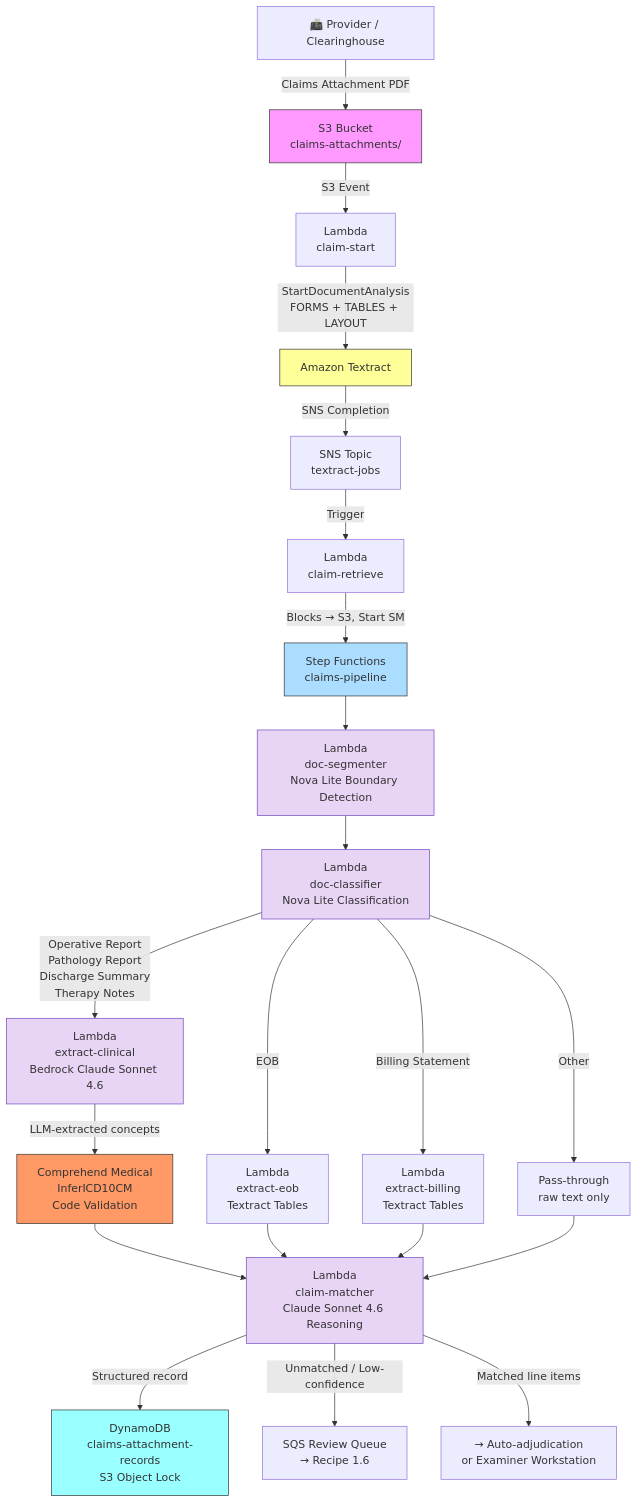
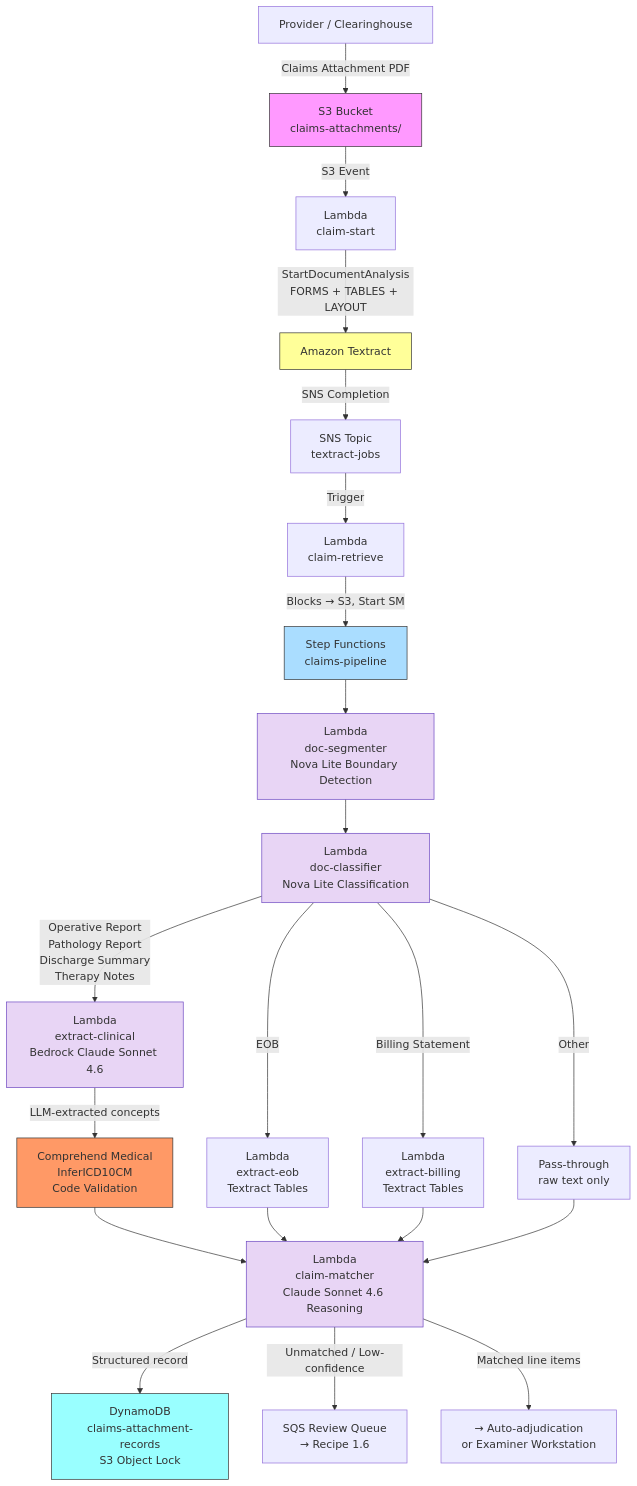
The diagram in chapter01.05-architecture.md (ccrngd1/HCLS-ai-book), drawn with Mermaid before and after one commit. The commit also changed other lines of this file and 515 other files, not shown here.

````diff
--- a/chapter01.05-architecture.md
+++ b/chapter01.05-architecture.md
@@ -25,37 +25,37 @@
 ```mermaid
 flowchart TB
-    A[📠 Provider / Clearinghouse] -->|Claims Attachment PDF| B[S3 Bucket\nclaims-attachments/]
-    B -->|S3 Event| C[Lambda\nclaim-start]
-    C -->|StartDocumentAnalysis\nFORMS + TABLES + LAYOUT| D[Amazon Textract]
-    D -->|SNS Completion| E[SNS Topic\ntextract-jobs]
-    E -->|Trigger| F[Lambda\nclaim-retrieve]
-    F -->|Blocks → S3, Start SM| G[Step Functions\nclaims-pipeline]
+ A[Provider / Clearinghouse] -->|Claims Attachment PDF| B[S3 Bucket\nclaims-attachments/]
+ B -->|S3 Event| C[Lambda\nclaim-start]
+ C -->|StartDocumentAnalysis\nFORMS + TABLES + LAYOUT| D[Amazon Textract]
+ D -->|SNS Completion| E[SNS Topic\ntextract-jobs]
+ E -->|Trigger| F[Lambda\nclaim-retrieve]
+ F -->|Blocks → S3, Start SM| G[Step Functions\nclaims-pipeline]
 
-    G --> H[Lambda\ndoc-segmenter\nNova Lite Boundary Detection]
-    H --> I[Lambda\ndoc-classifier\nNova Lite Classification]
+ G --> H[Lambda\ndoc-segmenter\nNova Lite Boundary Detection]
+ H --> I[Lambda\ndoc-classifier\nNova Lite Classification]
 
-    I -->|Operative Report\nPathology Report\nDischarge Summary\nTherapy Notes| J[Lambda\nextract-clinical\nBedrock Claude Sonnet 4.6]
-    I -->|EOB| K[Lambda\nextract-eob\nTextract Tables]
-    I -->|Billing Statement| L[Lambda\nextract-billing\nTextract Tables]
-    I -->|Other| M[Pass-through\nraw text only]
+ I -->|Operative Report\nPathology Report\nDischarge Summary\nTherapy Notes| J[Lambda\nextract-clinical\nBedrock Claude Sonnet 4.6]
+ I -->|EOB| K[Lambda\nextract-eob\nTextract Tables]
+ I -->|Billing Statement| L[Lambda\nextract-billing\nTextract Tables]
+ I -->|Other| M[Pass-through\nraw text only]
 
-    J -->|LLM-extracted concepts| N[Comprehend Medical\nInferICD10CM\nCode Validation]
-    N --> O[Lambda\nclaim-matcher\nClaude Sonnet 4.6 Reasoning]
-    K --> O
-    L --> O
-    M --> O
+ J -->|LLM-extracted concepts| N[Comprehend Medical\nInferICD10CM\nCode Validation]
+ N --> O[Lambda\nclaim-matcher\nClaude Sonnet 4.6 Reasoning]
+ K --> O
+ L --> O
+ M --> O
 
-    O -->|Structured record| P[DynamoDB\nclaims-attachment-records\nS3 Object Lock]
-    O -->|Unmatched / Low-confidence| Q[SQS Review Queue\n→ Recipe 1.6]
-    O -->|Matched line items| R[→ Auto-adjudication\nor Examiner Workstation]
+ O -->|Structured record| P[DynamoDB\nclaims-attachment-records\nS3 Object Lock]
+ O -->|Unmatched / Low-confidence| Q[SQS Review Queue\n→ Recipe 1.6]
+ O -->|Matched line items| R[→ Auto-adjudication\nor Examiner Workstation]
 
-    style B fill:#f9f,stroke:#333
-    style D fill:#ff9,stroke:#333
-    style H fill:#e8d5f5,stroke:#6b46c1
-    style I fill:#e8d5f5,stroke:#6b46c1
-    style J fill:#e8d5f5,stroke:#6b46c1
-    style O fill:#e8d5f5,stroke:#6b46c1
-    style N fill:#f96,stroke:#333
-    style P fill:#9ff,stroke:#333
-    style G fill:#adf,stroke:#333
+ style B fill:#f9f,stroke:#333
+ style D fill:#ff9,stroke:#333
+ style H fill:#e8d5f5,stroke:#6b46c1
+ style I fill:#e8d5f5,stroke:#6b46c1
+ style J fill:#e8d5f5,stroke:#6b46c1
+ style O fill:#e8d5f5,stroke:#6b46c1
+ style N fill:#f96,stroke:#333
+ style P fill:#9ff,stroke:#333
+ style G fill:#adf,stroke:#333
 ```
````
